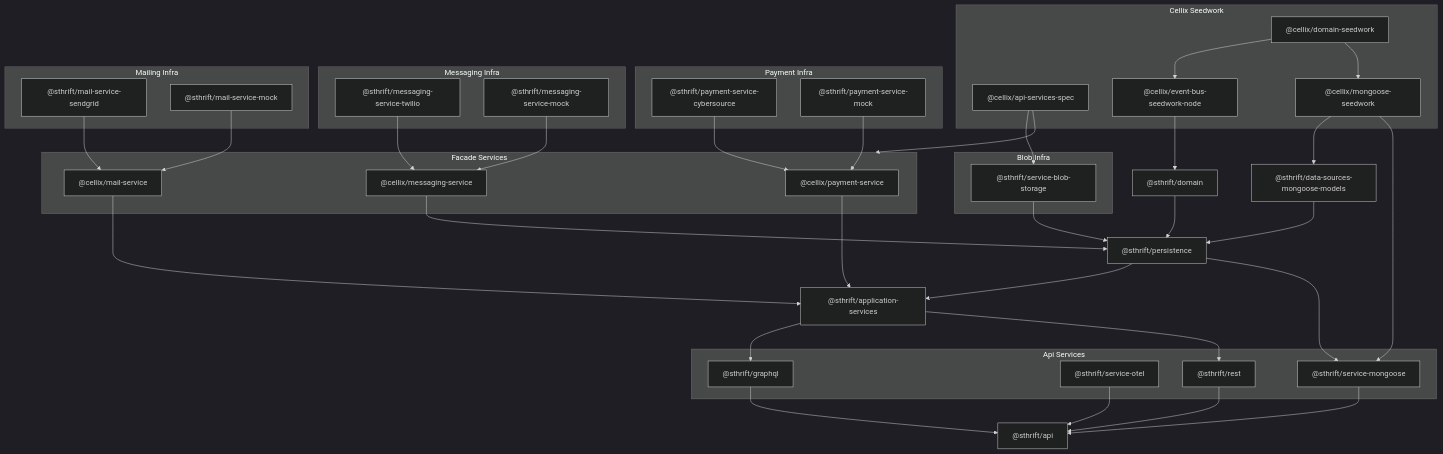
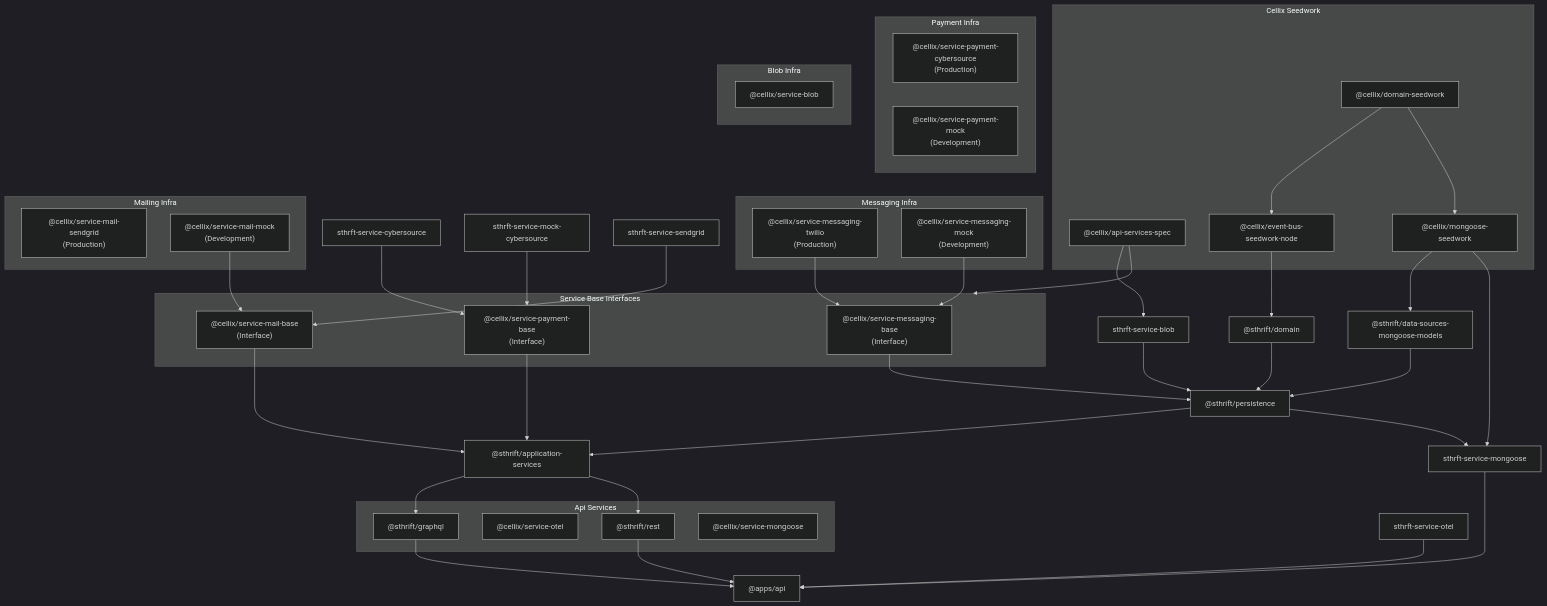
One commit to simnova/sharethrift changed the diagram in documents/architecture-diagram.md. Above: the diagram before and after it, drawn with Mermaid (dark theme). The commit also changed 306 other files, not shown here.

````diff
--- a/documents/architecture-diagram.md
+++ b/documents/architecture-diagram.md
@@ -11,30 +11,30 @@
   %% Infrastructure Services (split for clarity, spaced for linearity)
 
   subgraph Payment Infra
-    sthrft-service-cybersource["@sthrift/payment-service-cybersource"]
-    sthrft-service-mock-cybersource["@sthrift/payment-service-mock"]
+    cellix-service-cybersource["@cellix/service-payment-cybersource<br/>(Production)"]
+    cellix-service-mock-cybersource["@cellix/service-payment-mock<br/>(Development)"]
   end
 
   %% vertical space
 
   subgraph Messaging Infra
-    sthrft-service-twilio["@sthrift/messaging-service-twilio"]
-    sthrft-mock-service-twilio["@sthrift/messaging-service-mock"]
+    sthrft-service-twilio["@cellix/service-messaging-twilio<br/>(Production)"]
+    sthrft-mock-service-twilio["@cellix/service-messaging-mock<br/>(Development)"]
   end
 
   %% vertical space
 
   subgraph Mailing Infra
-    sthrft-service-sendgrid["@sthrift/mail-service-sendgrid"]
-    sthrft-mock-service-sendgrid["@sthrift/mail-service-mock"]
+    cellix-service-sendgrid["@cellix/service-mail-sendgrid<br/>(Production)"]
+    sthrft-mock-service-sendgrid["@cellix/service-mail-mock<br/>(Development)"]
   end
 
   %% extra vertical space
 
-  subgraph FacadeServices["Facade Services"]
-    cellix-payment["@cellix/payment-service"]
-    cellix-messaging["@cellix/messaging-service"]
-    cellix-mailing["@cellix/mail-service"]
+  subgraph FacadeServices["Service Base Interfaces"]
+    cellix-payment["@cellix/service-payment-base<br/>(Interface)"]
+    cellix-messaging["@cellix/service-messaging-base<br/>(Interface)"]
+    cellix-mailing["@cellix/service-mail-base<br/>(Interface)"]
   end
 
   %% Domain Layer
@@ -42,7 +42,7 @@
 
   %% Blob Infra above Persistence
   subgraph Blob Infra
-    sthrft-service-blob["@sthrift/service-blob-storage"]
+    cellix-service-blob["@cellix/service-blob"]
   end
 
   %% extra vertical space
@@ -59,13 +59,13 @@
   %% API Services (below app)
   subgraph Api Services
     sthrft-graphql["@sthrift/graphql"]
-    sthrft-service-otel["@sthrift/service-otel"]
+    cellix-service-otel["@cellix/service-otel"]
     sthrft-rest["@sthrift/rest"]
-    sthrft-service-mongoose["@sthrift/service-mongoose"]
+    cellix-service-mongoose["@cellix/service-mongoose"]
   end
 
   %% API Entrypoint (bottom)
-  sthrft-api["@sthrift/api"]
+  sthrft-api["@apps/api"]
 
   %% Connections
   cellix-domain-seedwork --> cellix-event-bus-seedwork-node
@@ -115,5 +115,5 @@
   sthrft-rest --> sthrft-api
 
   %% API entrypoint
-  sthrft-api["@sthrift/api"]
+  sthrft-api["@apps/api"]
 ```
````
